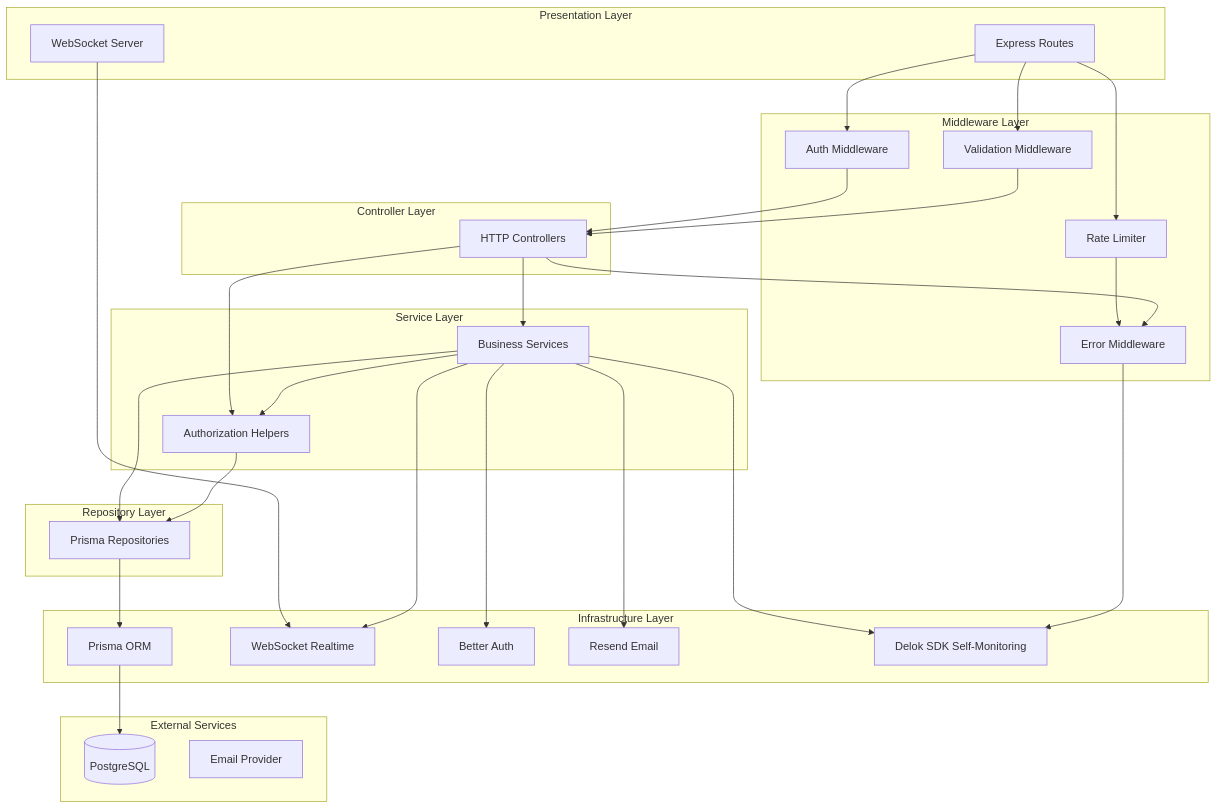
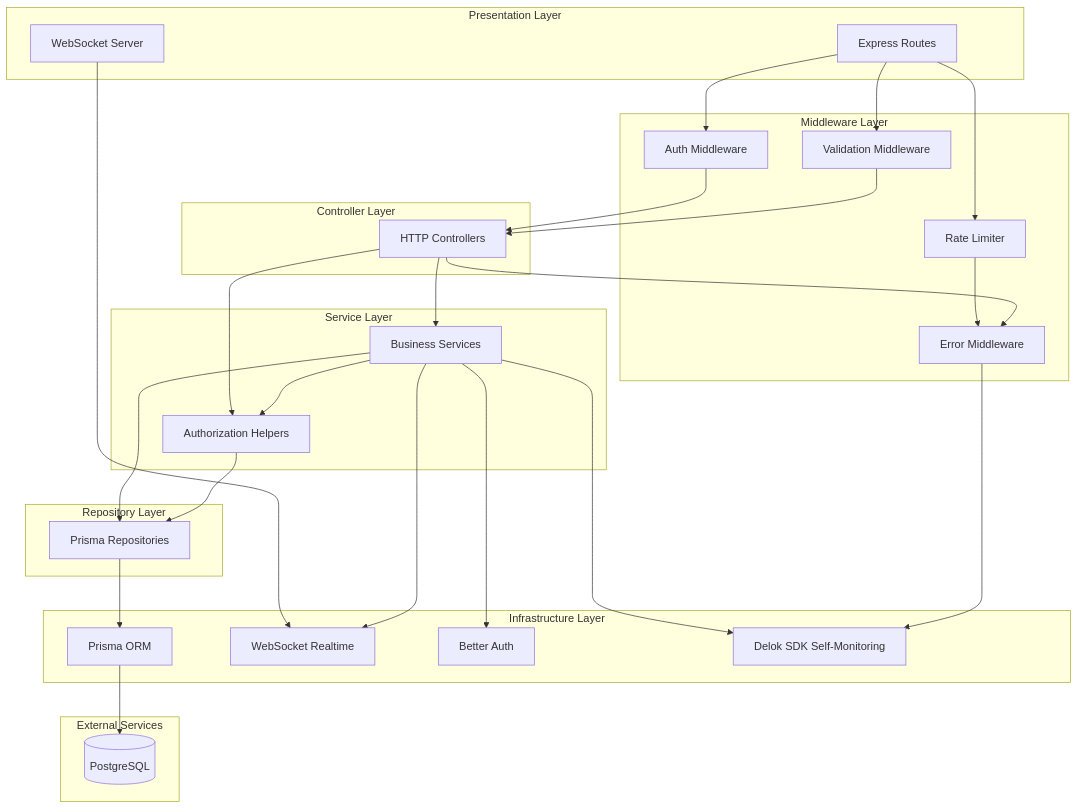
Before and after one commit to delok-dev/delok: the diagram in backend/docs/architecture/overview.md, drawn with Mermaid. The commit also changed other lines of this file and 65 other files, not shown here.

````diff
--- a/backend/docs/architecture/overview.md
+++ b/backend/docs/architecture/overview.md
@@ -9,61 +9,59 @@
 ```mermaid
 graph TD
     subgraph "Presentation Layer"
         A[Express Routes]
         B[WebSocket Server]
     end
 
     subgraph "Middleware Layer"
         C[Auth Middleware]
         D[Validation Middleware]
         E[Error Middleware]
         F[Rate Limiter]
     end
 
     subgraph "Controller Layer"
         G[HTTP Controllers]
     end
 
     subgraph "Service Layer"
         H[Business Services]
         I[Authorization Helpers]
     end
 
     subgraph "Repository Layer"
         J[Prisma Repositories]
     end
 
     subgraph "Infrastructure Layer"
         K[Prisma ORM]
         L[WebSocket Realtime]
         M[Better Auth]
-        N[Resend Email]
         O[Delok SDK Self-Monitoring]
     end
 
     subgraph "External Services"
         P[(PostgreSQL)]
-        Q[Email Provider]
+
     end
 
     A --> C
     A --> D
     A --> F
     B --> L
     C --> G
     D --> G
     G --> H
     G --> I
     H --> I
     H --> J
     I --> J
     J --> K
     K --> P
     H --> L
     H --> M
-    H --> N
     H --> O
     F --> E
     G --> E
     E --> O
 ```
````
